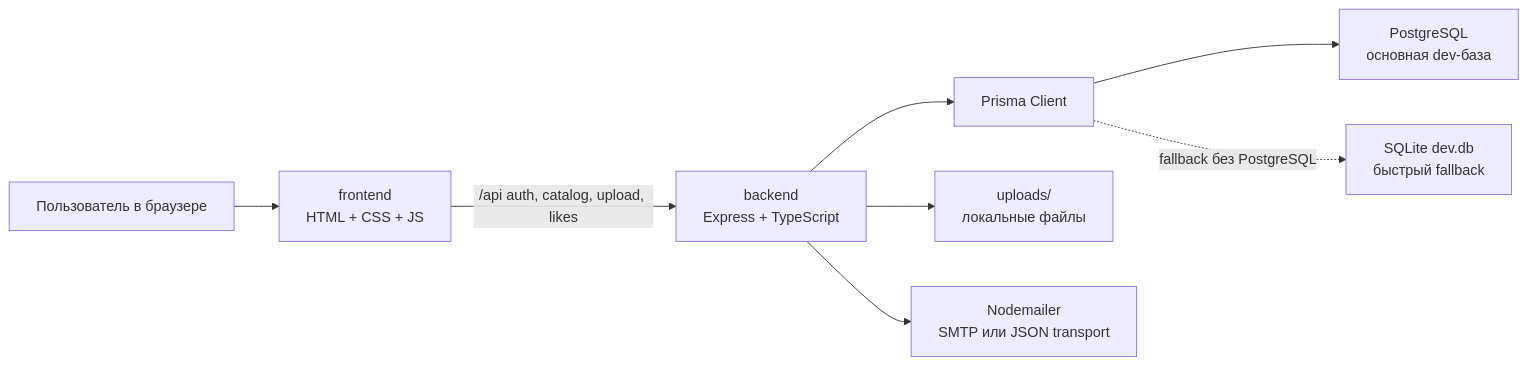
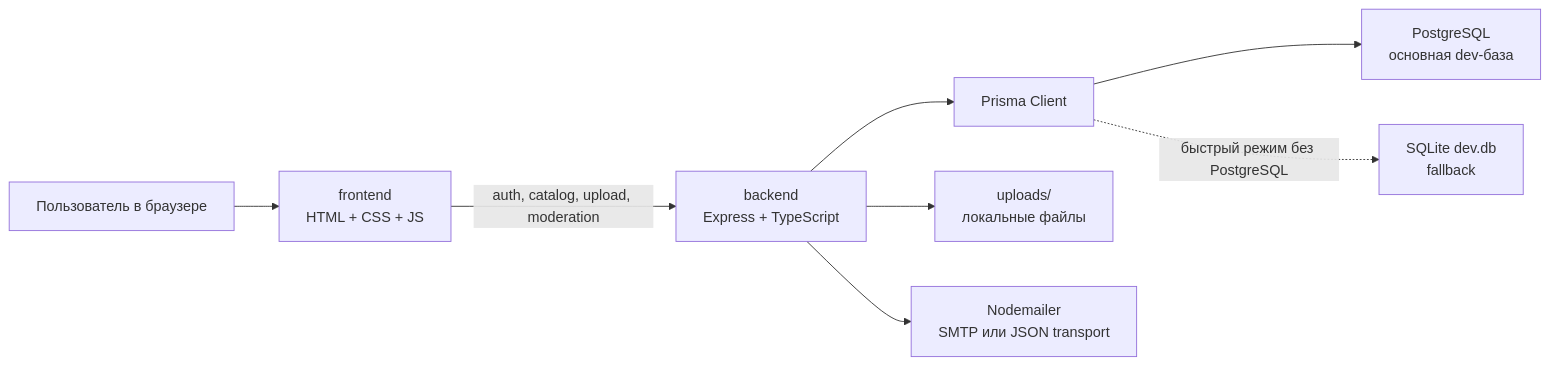
One commit to bordermull/creator-platform changed the first of 4 diagrams in README.md. Above: the diagram before and after it, drawn with Mermaid. The commit also changed other lines of this file, not shown here.

````diff
--- a/README.md
+++ b/README.md
@@ -78,19 +366,19 @@
 ```mermaid
 flowchart LR
   user["Пользователь в браузере"]
   frontend["frontend<br/>HTML + CSS + JS"]
   api["backend<br/>Express + TypeScript"]
   prisma["Prisma Client"]
   postgres["PostgreSQL<br/>основная dev-база"]
-  sqlite["SQLite dev.db<br/>быстрый fallback"]
+  sqlite["SQLite dev.db<br/>fallback"]
   files["uploads/<br/>локальные файлы"]
   mail["Nodemailer<br/>SMTP или JSON transport"]
 
   user --> frontend
-  frontend -->|"/api auth, catalog, upload, likes"| api
+  frontend -->|"auth, catalog, upload, moderation"| api
   api --> prisma
   prisma --> postgres
-  prisma -. "fallback без PostgreSQL" .-> sqlite
+  prisma -. "быстрый режим без PostgreSQL" .-> sqlite
   api --> files
   api --> mail
 ```
````
